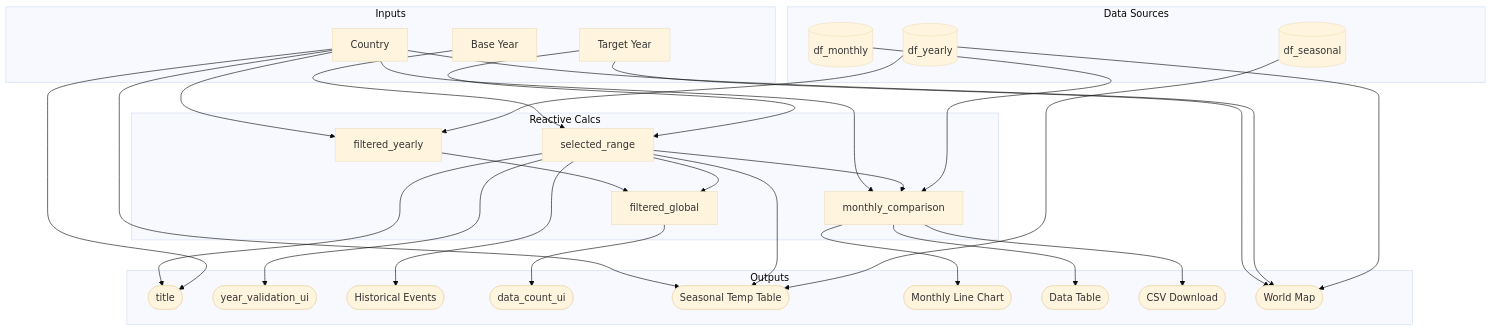
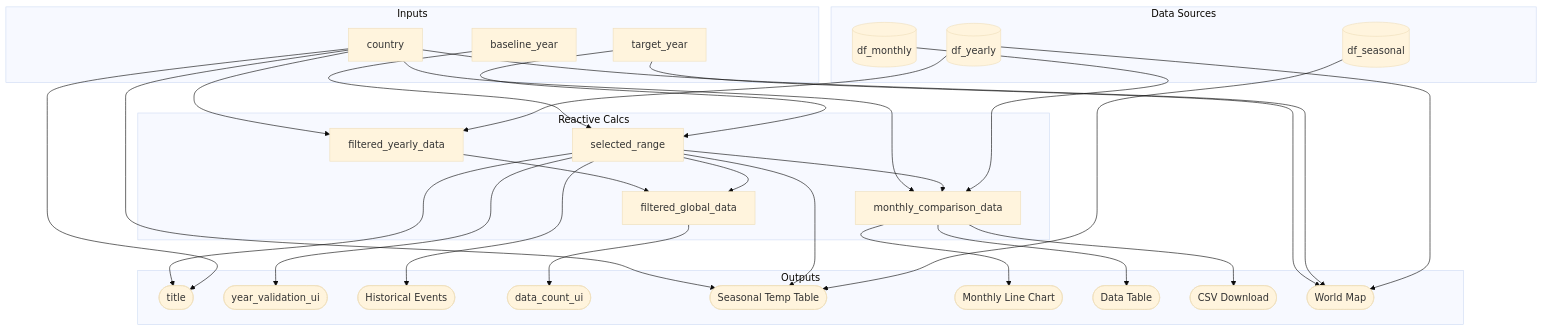
The diagram in reports/m2_spec.md (UBC-MDS/DSCI-532_2026_26_TempTales), drawn with Mermaid (base theme) before and after one commit. The commit also changed other lines of this file, not shown here.

````diff
--- a/reports/m2_spec.md
+++ b/reports/m2_spec.md
@@ -43,61 +43,61 @@
 ```mermaid
 flowchart TD
   subgraph Inputs
-    C[Country]
-    B[Base Year]
-    S[Target Year]
+    C[country]
+    B[baseline_year]
+    S[target_year]
   end
 
   subgraph Reactive Calcs
     SR[selected_range]
-    FY[filtered_yearly]
-    FG[filtered_global]
-    MC[monthly_comparison]
+    FY[filtered_yearly_data]
+    FG[filtered_global_data]
+    MC[monthly_comparison_data]
   end
 
   subgraph Data Sources
     DY[(df_yearly)]
     DM[(df_monthly)]
     DS[(df_seasonal)]
   end
 
   subgraph Outputs
     TITLE([title])
     VALID([year_validation_ui])
     HIST([Historical Events])
     DC([data_count_ui])
     ST([Seasonal Temp Table])
     MLP([Monthly Line Chart])
     DT([Data Table])
     CSV([CSV Download])
     WM([World Map])
   end
 
   B --> SR
   S --> SR
   C --> FY
   DY --> FY
   FY --> FG
   SR --> FG
   C --> MC
   SR --> MC
   DM --> MC
 
   SR --> TITLE
   C --> TITLE
   SR --> VALID
   SR --> HIST
   FG --> DC
 
   C --> ST
   SR --> ST
   DS --> ST
 
   MC --> MLP
   MC --> DT
   MC --> CSV
 
   S --> WM
   C --> WM
   DY --> WM
 ```
````
